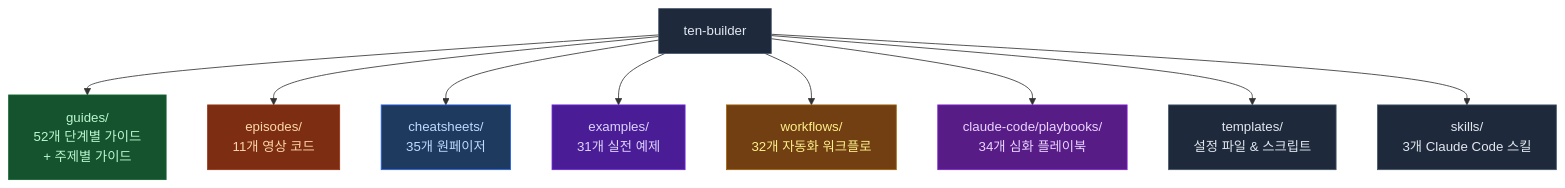
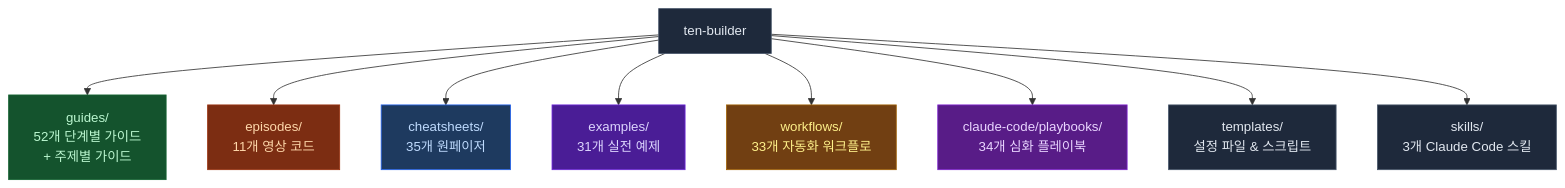
Before and after one commit to ten-builder/ten-builder: the first of 2 diagrams in README.md, drawn with Mermaid. The commit also changed other lines of this file, not shown here.

Commit message:
docs: add ai-performance-profiling workflow to README

````diff
--- a/README.md
+++ b/README.md
@@ -23,21 +23,21 @@
 ```mermaid
 flowchart TD
     R["ten-builder"] --> G["guides/\n52개 단계별 가이드\n+ 주제별 가이드"]
     R --> E["episodes/\n11개 영상 코드"]
     R --> C["cheatsheets/\n35개 원페이저"]
     R --> EX["examples/\n31개 실전 예제"]
-    R --> W["workflows/\n32개 자동화 워크플로"]
+    R --> W["workflows/\n33개 자동화 워크플로"]
     R --> P["claude-code/playbooks/\n34개 심화 플레이북"]
     R --> T["templates/\n설정 파일 & 스크립트"]
     R --> S["skills/\n3개 Claude Code 스킬"]
 
     style R fill:#1e293b,stroke:#475569,color:#e2e8f0
     style G fill:#14532d,stroke:#166534,color:#bbf7d0
     style E fill:#7c2d12,stroke:#9a3412,color:#fed7aa
     style C fill:#1e3a5f,stroke:#2563eb,color:#bfdbfe
     style EX fill:#4a1d96,stroke:#6d28d9,color:#ddd6fe
     style W fill:#713f12,stroke:#a16207,color:#fef08a
     style P fill:#581c87,stroke:#7e22ce,color:#e9d5ff
     style T fill:#1e293b,stroke:#475569,color:#e2e8f0
     style S fill:#1e293b,stroke:#475569,color:#e2e8f0
 ```
````
